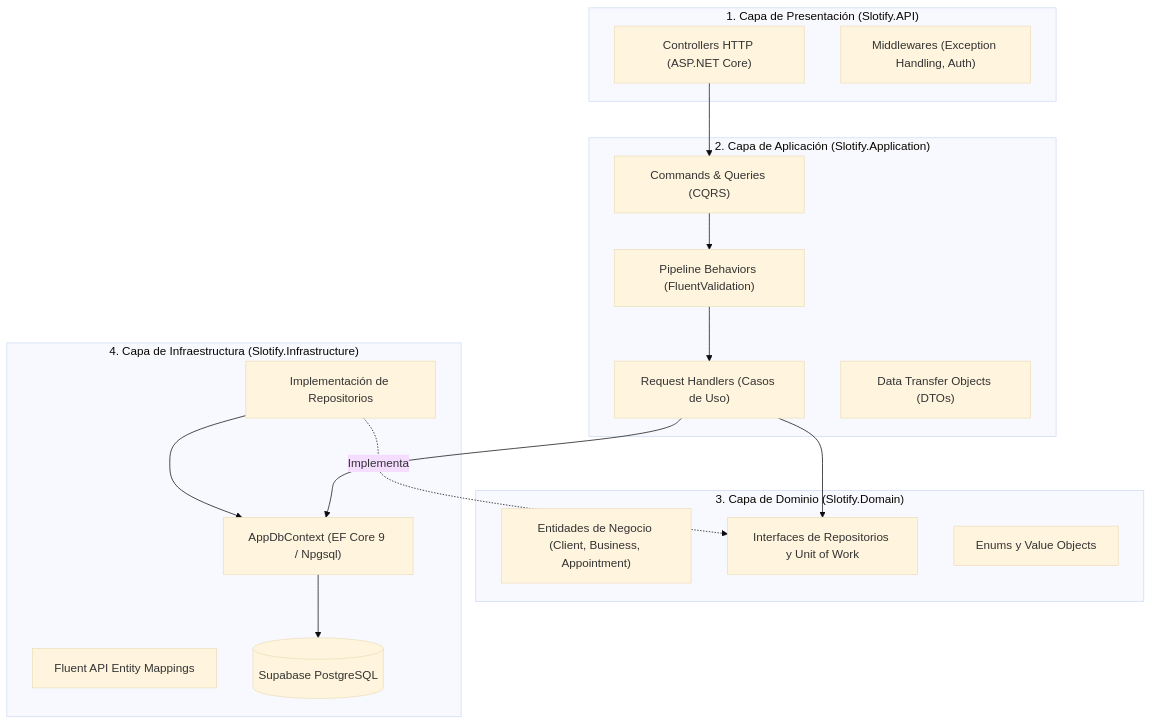
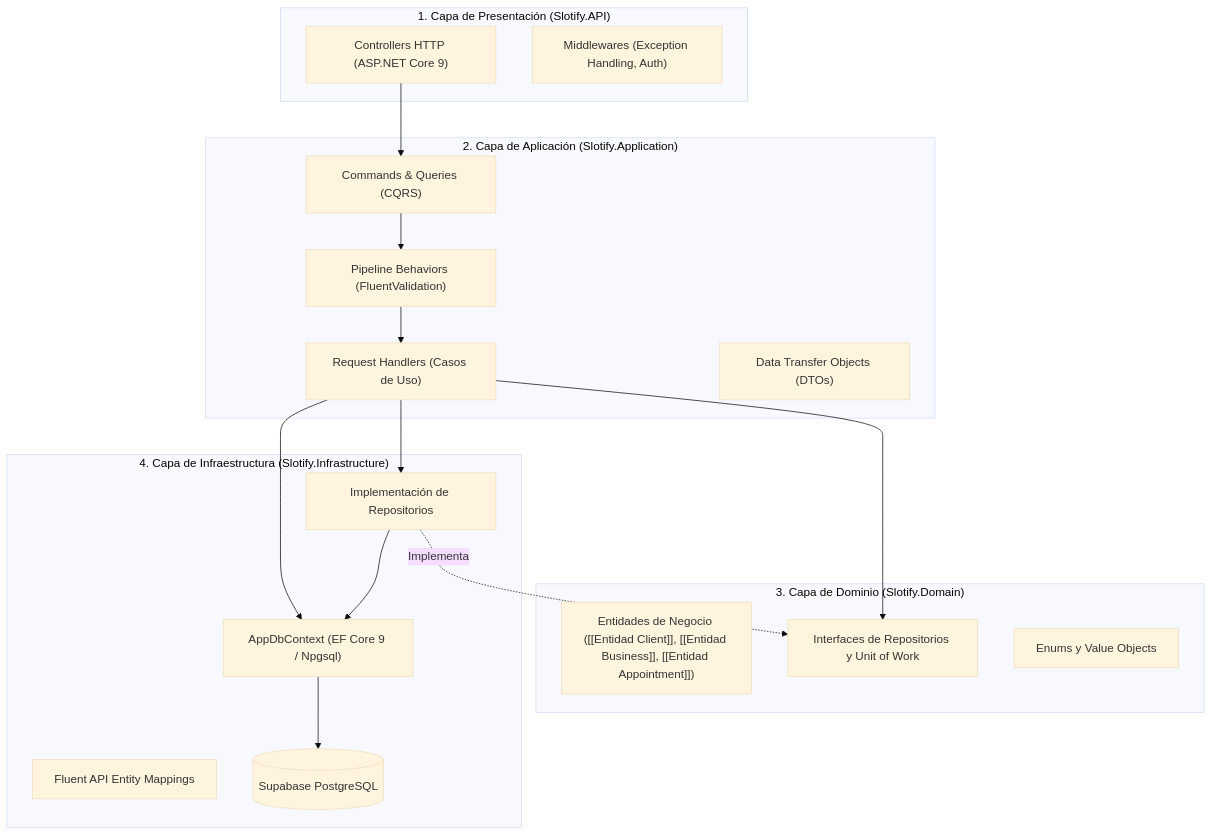
The first of 2 diagrams in docs/03 - Flujos de Informacion/Flujo General de Peticion.md (ShaguittoScot/Slotify_back), drawn with Mermaid (base theme) before and after one commit. The commit also changed other lines of this file and 104 other files, not shown here.

````diff
--- a/docs/03 - Flujos de Informacion/Flujo General de Peticion.md
+++ b/docs/03 - Flujos de Informacion/Flujo General de Peticion.md
@@ -25,36 +25,37 @@
 ```mermaid
 graph TD
     subgraph CapaPresentacion ["1. Capa de Presentación (Slotify.API)"]
-        Controllers["Controllers HTTP (ASP.NET Core)"]
+        Controllers["Controllers HTTP (ASP.NET Core 9)"]
         Middlewares["Middlewares (Exception Handling, Auth)"]
     end
 
     subgraph CapaAplicacion ["2. Capa de Aplicación (Slotify.Application)"]
         Commands["Commands & Queries (CQRS)"]
         Pipeline["Pipeline Behaviors (FluentValidation)"]
         Handlers["Request Handlers (Casos de Uso)"]
         DTOs["Data Transfer Objects (DTOs)"]
     end
 
     subgraph CapaDominio ["3. Capa de Dominio (Slotify.Domain)"]
-        Entities["Entidades de Negocio (Client, Business, Appointment)"]
+        Entities["Entidades de Negocio ([[Entidad Client]], [[Entidad Business]], [[Entidad Appointment]])"]
         Interfaces["Interfaces de Repositorios y Unit of Work"]
         Enums["Enums y Value Objects"]
     end
 
     subgraph CapaInfraestructura ["4. Capa de Infraestructura (Slotify.Infrastructure)"]
         AppDbContext["AppDbContext (EF Core 9 / Npgsql)"]
         Repositories["Implementación de Repositorios"]
         Configurations["Fluent API Entity Mappings"]
         Postgres[(Supabase PostgreSQL)]
     end
 
     Controllers --> Commands
     Commands --> Pipeline
     Pipeline --> Handlers
     Handlers --> Interfaces
     Repositories -.->|Implementa| Interfaces
+    Handlers --> Repositories
     Handlers --> AppDbContext
     Repositories --> AppDbContext
     AppDbContext --> Postgres
 ```
````
